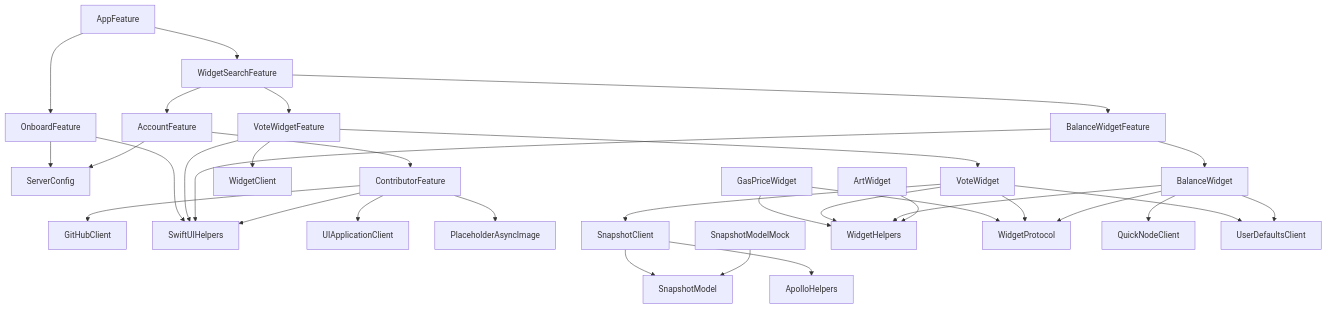
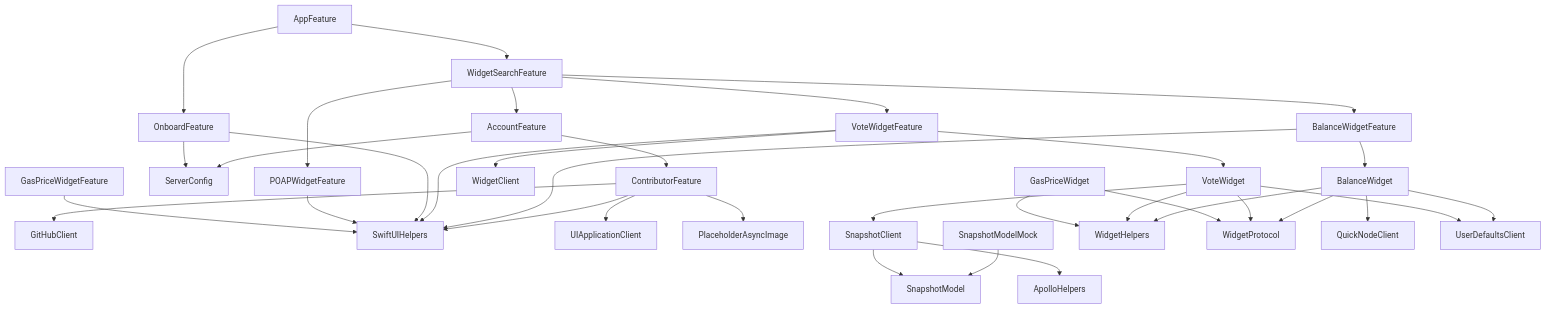
Before and after one commit to caaaption/caaaption: the diagram in caaaption/PackageDependencies.md, drawn with Mermaid.

````diff
--- a/caaaption/PackageDependencies.md
+++ b/caaaption/PackageDependencies.md
@@ -1,35 +1,37 @@
 ```mermaid
 graph TD;
     AppFeature-->WidgetSearchFeature;
     AppFeature-->OnboardFeature;
     WidgetSearchFeature-->AccountFeature;
     WidgetSearchFeature-->BalanceWidgetFeature;
     WidgetSearchFeature-->VoteWidgetFeature;
+    WidgetSearchFeature-->POAPWidgetFeature;
     AccountFeature-->ServerConfig;
     AccountFeature-->ContributorFeature;
     ContributorFeature-->GitHubClient;
     ContributorFeature-->SwiftUIHelpers;
     ContributorFeature-->UIApplicationClient;
     ContributorFeature-->PlaceholderAsyncImage;
     BalanceWidgetFeature-->BalanceWidget;
     BalanceWidgetFeature-->SwiftUIHelpers;
     VoteWidgetFeature-->VoteWidget;
     VoteWidgetFeature-->WidgetClient;
     VoteWidgetFeature-->SwiftUIHelpers;
     OnboardFeature-->ServerConfig;
     OnboardFeature-->SwiftUIHelpers;
+    POAPWidgetFeature-->SwiftUIHelpers;
+    GasPriceWidgetFeature-->SwiftUIHelpers;
     SnapshotModelMock-->SnapshotModel;
     SnapshotClient-->ApolloHelpers;
     SnapshotClient-->SnapshotModel;
-    ArtWidget-->WidgetHelpers;
     BalanceWidget-->WidgetHelpers;
     BalanceWidget-->WidgetProtocol;
     BalanceWidget-->QuickNodeClient;
     BalanceWidget-->UserDefaultsClient;
     VoteWidget-->WidgetHelpers;
     VoteWidget-->WidgetProtocol;
     VoteWidget-->UserDefaultsClient;
     VoteWidget-->SnapshotClient;
     GasPriceWidget-->WidgetHelpers;
     GasPriceWidget-->WidgetProtocol;
 ```
````
